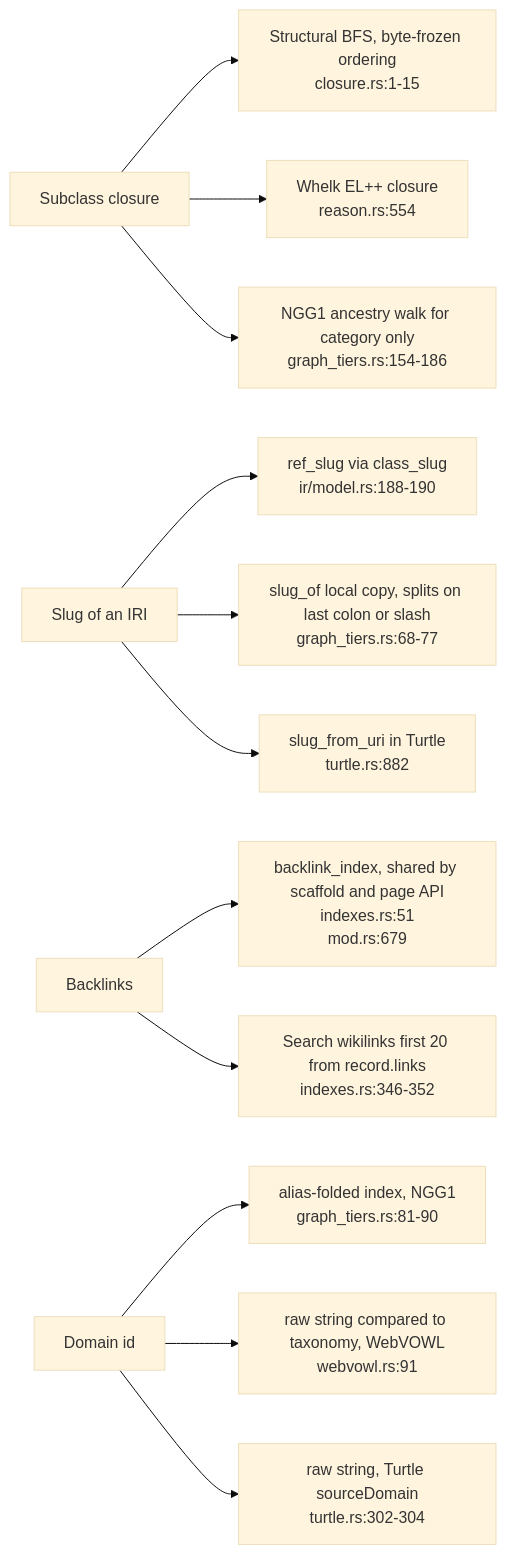
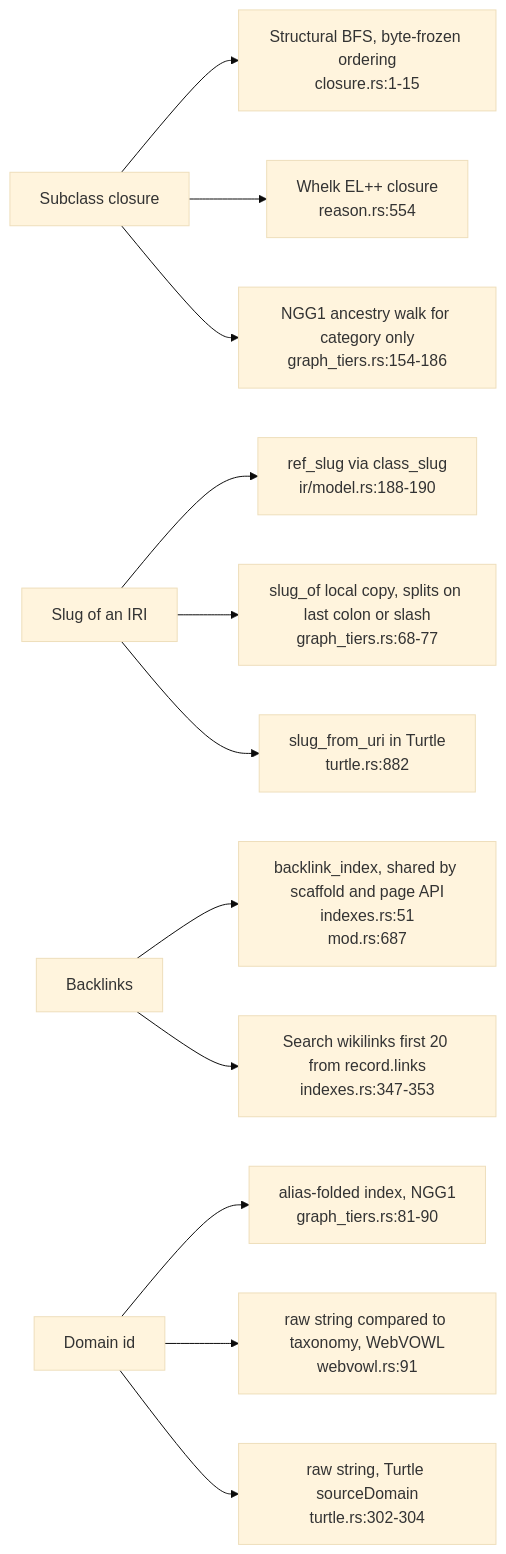
Before and after one commit to DreamLab-AI/VisionFlow: the seventh of 7 diagrams in docs/diagrams/ontomark/04-emitters-turtle-indexes-tiers-and-contract-c3.md, drawn with Mermaid (base theme). The commit also changed other lines of this file and 91 other files, not shown here.

````diff
--- a/docs/diagrams/ontomark/04-emitters-turtle-indexes-tiers-and-contract-c3.md
+++ b/docs/diagrams/ontomark/04-emitters-turtle-indexes-tiers-and-contract-c3.md
@@ -237,22 +239,22 @@
 ```mermaid
 flowchart LR
     SUBC["Subclass closure"]
     SUBC1["Structural BFS, byte-frozen ordering<br/>closure.rs:1-15"]
     SUBC2["Whelk EL++ closure<br/>reason.rs:554"]
     SUBC3["NGG1 ancestry walk for category only<br/>graph_tiers.rs:154-186"]
     SLUG["Slug of an IRI"]
     SLUG1["ref_slug via class_slug<br/>ir/model.rs:188-190"]
     SLUG2["slug_of local copy, splits on last colon or slash<br/>graph_tiers.rs:68-77"]
     SLUG3["slug_from_uri in Turtle<br/>turtle.rs:882"]
     BLK["Backlinks"]
-    BLK1["backlink_index, shared by scaffold and page API<br/>indexes.rs:51<br/>mod.rs:679"]
-    BLK2["Search wikilinks first 20 from record.links<br/>indexes.rs:346-352"]
+    BLK1["backlink_index, shared by scaffold and page API<br/>indexes.rs:51<br/>mod.rs:687"]
+    BLK2["Search wikilinks first 20 from record.links<br/>indexes.rs:347-353"]
     DOMN["Domain id"]
     DOMN1["alias-folded index, NGG1<br/>graph_tiers.rs:81-90"]
     DOMN2["raw string compared to taxonomy, WebVOWL<br/>webvowl.rs:91"]
     DOMN3["raw string, Turtle sourceDomain<br/>turtle.rs:302-304"]
     SUBC --> SUBC1 & SUBC2 & SUBC3
     SLUG --> SLUG1 & SLUG2 & SLUG3
     BLK --> BLK1 & BLK2
     DOMN --> DOMN1 & DOMN2 & DOMN3
 ```
````
